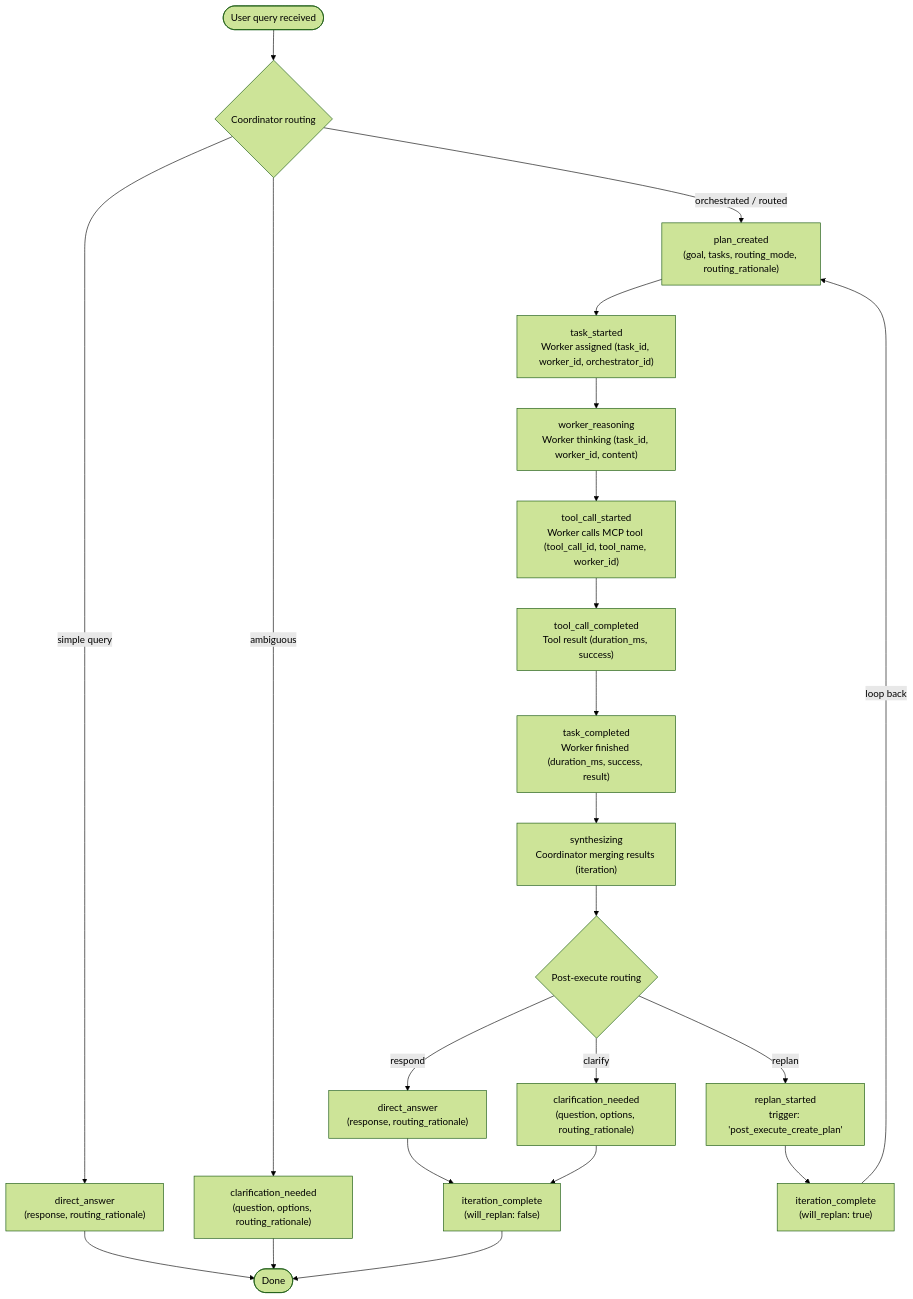
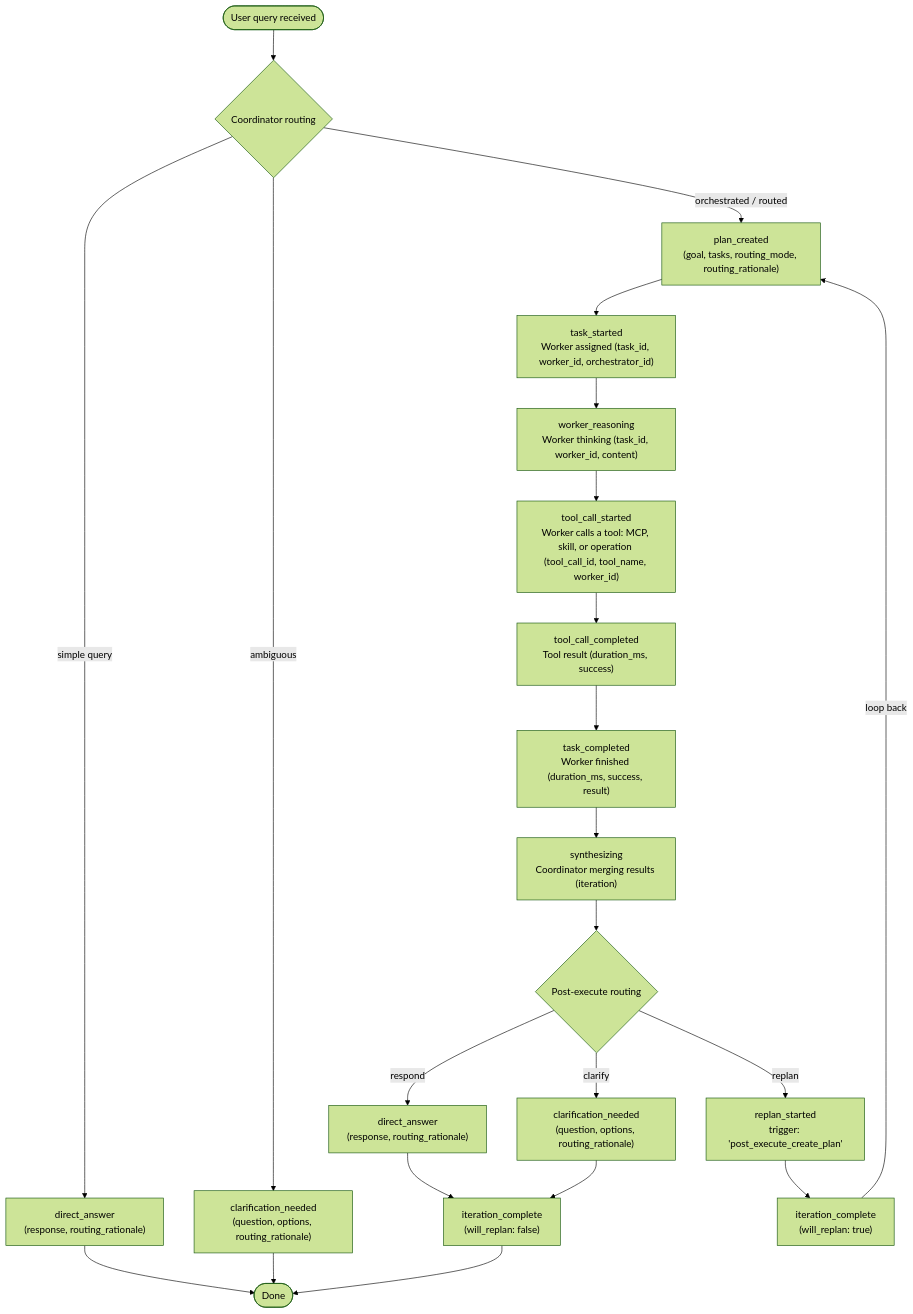
The third of 4 diagrams in docs/streaming-api-guide.md (mezmo/aura), drawn with Mermaid (forest theme) before and after one commit. The commit also changed other lines of this file and 15 other files, not shown here.

````diff
--- a/docs/streaming-api-guide.md
+++ b/docs/streaming-api-guide.md
@@ -374,30 +374,30 @@
 ```mermaid
 flowchart TD
     A([User query received]) --> R{Coordinator routing}
 
     R -->|orchestrated / routed| B["plan_created<br/>(goal, tasks, routing_mode, routing_rationale)"]
     R -->|simple query| DA["direct_answer<br/>(response, routing_rationale)"]
     R -->|ambiguous| CL["clarification_needed<br/>(question, options, routing_rationale)"]
 
     DA --> Z([Done])
     CL --> Z
 
     B --> C["task_started<br/>Worker assigned (task_id, worker_id, orchestrator_id)"]
     C --> D["worker_reasoning<br/>Worker thinking (task_id, worker_id, content)"]
-    D --> E["tool_call_started<br/>Worker calls MCP tool (tool_call_id, tool_name, worker_id)"]
+    D --> E["tool_call_started<br/>Worker calls a tool: MCP, skill, or operation (tool_call_id, tool_name, worker_id)"]
     E --> F["tool_call_completed<br/>Tool result (duration_ms, success)"]
     F --> G["task_completed<br/>Worker finished (duration_ms, success, result)"]
     G --> H["synthesizing<br/>Coordinator merging results (iteration)"]
 
     H --> PE{Post-execute routing}
     PE -->|respond| DA2["direct_answer<br/>(response, routing_rationale)"]
     PE -->|clarify| CL2["clarification_needed<br/>(question, options, routing_rationale)"]
     PE -->|replan| J["replan_started<br/>trigger: 'post_execute_create_plan'"]
 
     DA2 --> I["iteration_complete<br/>(will_replan: false)"]
     CL2 --> I
     J --> I2["iteration_complete<br/>(will_replan: true)"]
     I2 -->|loop back| B
 
     I --> Z
 ```
````
